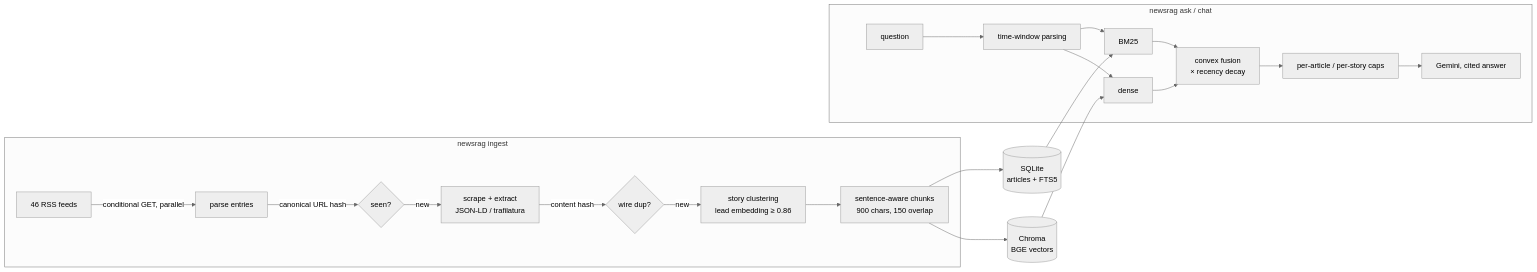
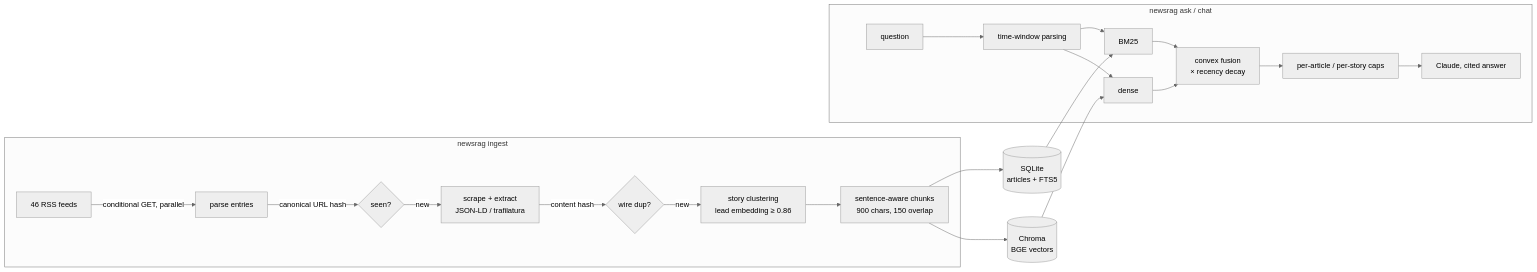
The diagram in README.md (SriAkhilMylavarapu/Dynamic_News_RAG), drawn with Mermaid (neutral theme) before and after one commit. The commit also changed other lines of this file and 7 other files, not shown here.

First line of the commit message:
Switch the LLM from Gemini to Claude Sonnet 5.5

````diff
--- a/README.md
+++ b/README.md
@@ -42,22 +42,22 @@
 ```mermaid
 flowchart LR
     subgraph Ingest ["newsrag ingest"]
         F[46 RSS feeds] -->|conditional GET, parallel| P[parse entries]
         P -->|canonical URL hash| D1{seen?}
         D1 -->|new| S[scrape + extract<br/>JSON-LD / trafilatura]
         S -->|content hash| D2{wire dup?}
         D2 -->|new| C[story clustering<br/>lead embedding ≥ 0.86]
         C --> K[sentence-aware chunks<br/>900 chars, 150 overlap]
     end
     K --> DB[(SQLite<br/>articles + FTS5)]
     K --> V[(Chroma<br/>BGE vectors)]
     subgraph Ask ["newsrag ask / chat"]
         Q[question] --> T[time-window parsing]
         T --> B[BM25] & E[dense]
         B & E --> FU[convex fusion<br/>× recency decay]
         FU --> DV[per-article / per-story caps]
-        DV --> L[Gemini, cited answer]
+        DV --> L[Claude, cited answer]
     end
     DB --> B
     V --> E
 ```
````
